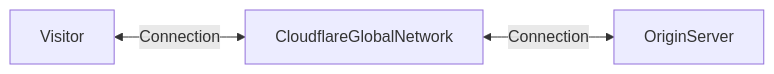
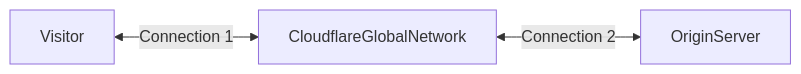
The second of 3 diagrams in Cloudflare.md (SwishData/Swish-Diagrams), drawn with Mermaid before and after one commit. The commit also changed other lines of this file, not shown here.

````diff
--- a/Cloudflare.md
+++ b/Cloudflare.md
@@ -12,4 +12,4 @@
 ```mermaid
     flowchart LR
-        Visitor<-- Connection -->CloudflareGlobalNetwork<-- Connection -->OriginServer
+        Visitor<-- Connection 1 -->CloudflareGlobalNetwork<-- Connection 2 -->OriginServer
 ```
````
